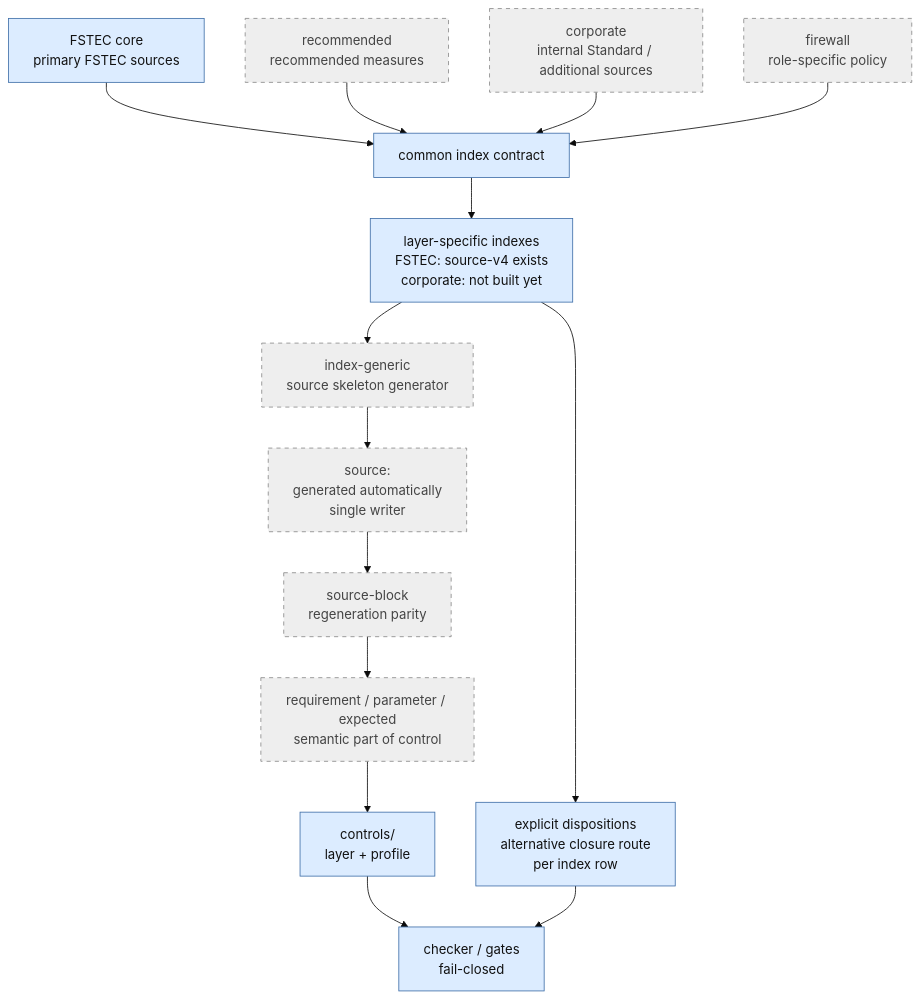
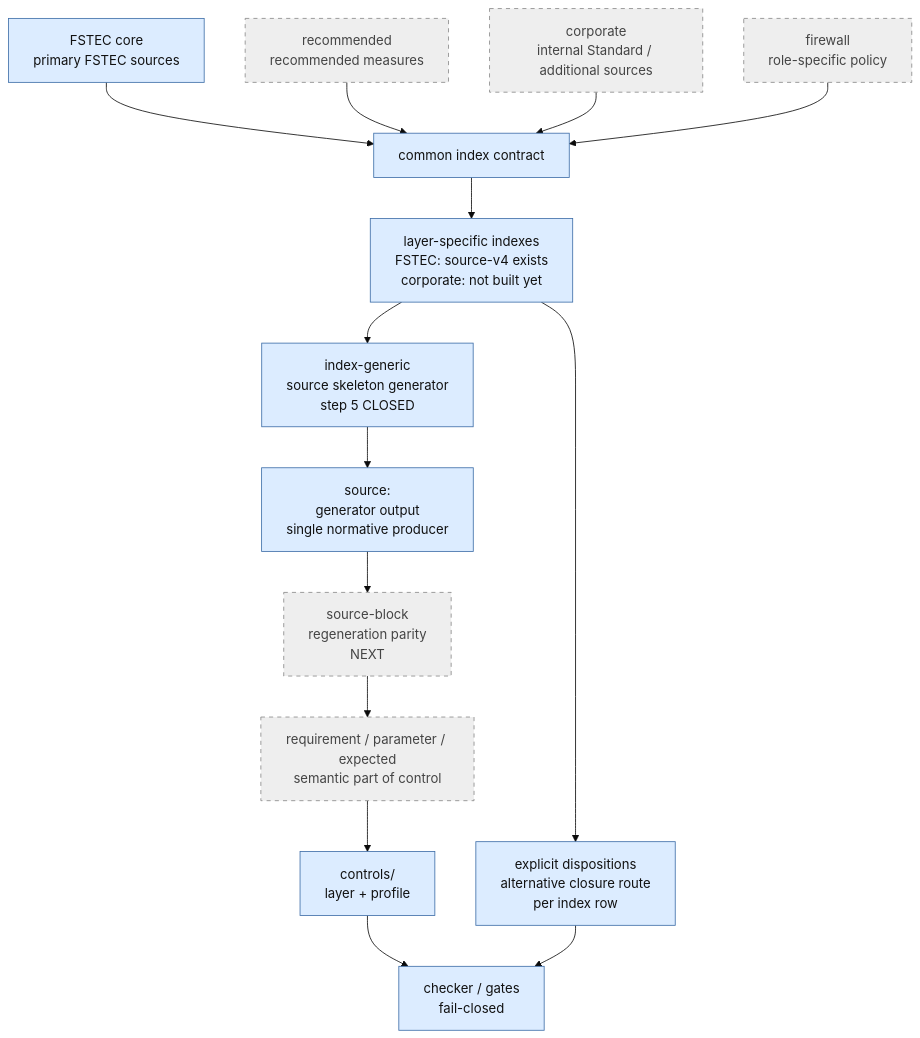
The second of 5 diagrams in docs/PROJECT-MAP-v3.md (rasav65/SecureLinux-Policy), drawn with Mermaid (base theme) before and after one commit. The commit also changed other lines of this file and 17 other files, not shown here.

Commit message:
feat: add index-generic source skeleton generator

````diff
--- a/docs/PROJECT-MAP-v3.md
+++ b/docs/PROJECT-MAP-v3.md
@@ -152,27 +153,27 @@
 ```mermaid
 flowchart TB
     FSTEC["FSTEC core<br/>primary FSTEC sources"]:::component
     RECOMMENDED["recommended<br/>recommended measures"]:::future
     CORPORATE["corporate<br/>internal Standard / additional sources"]:::future
     FIREWALL["firewall<br/>role-specific policy"]:::future
 
     FSTEC --> CONTRACT["common index contract"]:::component
     RECOMMENDED --> CONTRACT
     CORPORATE --> CONTRACT
     FIREWALL --> CONTRACT
 
     CONTRACT --> INDEXES["layer-specific indexes<br/>FSTEC: source-v4 exists<br/>corporate: not built yet"]:::component
-    INDEXES --> GENERATOR["index-generic<br/>source skeleton generator"]:::future
-    GENERATOR --> SOURCE["source:<br/>generated automatically<br/>single writer"]:::future
-    SOURCE --> PARITY["source-block<br/>regeneration parity"]:::future
+    INDEXES --> GENERATOR["index-generic<br/>source skeleton generator<br/>step 5 CLOSED"]:::component
+    GENERATOR --> SOURCE["source:<br/>generator output<br/>single normative producer"]:::component
+    SOURCE --> PARITY["source-block<br/>regeneration parity<br/>NEXT"]:::future
     PARITY --> SEM["requirement / parameter / expected<br/>semantic part of control"]:::future
     SEM --> CONTROLS["controls/<br/>layer + profile"]:::component
     CONTROLS --> CHECKER["checker / gates<br/>fail-closed"]:::component
 
     DISP2["explicit dispositions<br/>alternative closure route<br/>per index row"]:::component
     INDEXES --> DISP2
     DISP2 --> CHECKER
 
     classDef component fill:#dcecff,stroke:#3e6ea8,color:#111;
     classDef future fill:#eeeeee,stroke:#888,color:#444,stroke-dasharray: 5 5;
 ```
````
